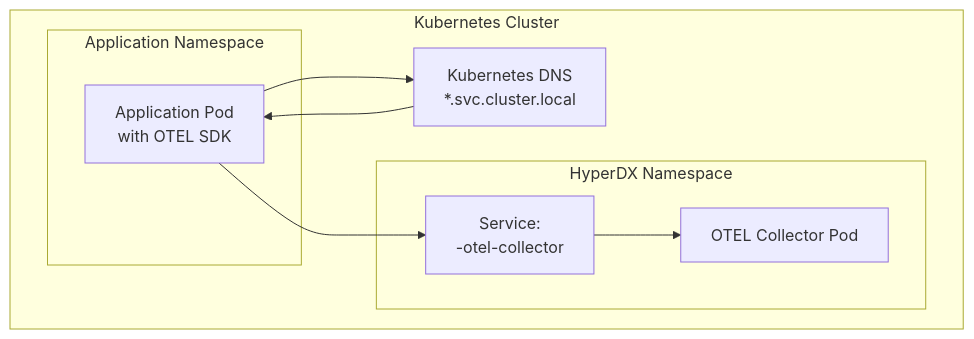
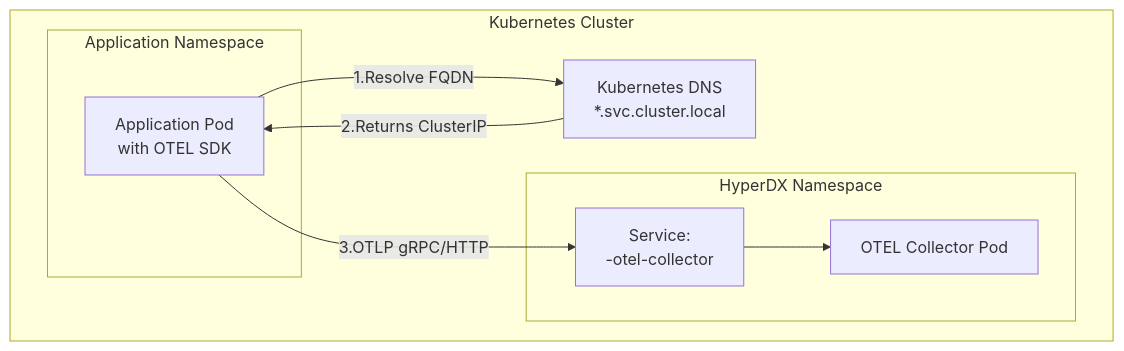
One commit to openchoreo/openchoreo changed the second of 5 diagrams in docs/hyperdxio-helm-charts-docs/Integrating-Applications.md. Above: the diagram before and after it, drawn with Mermaid. The commit also changed other lines of this file and 85 other files, not shown here.

Commit message:
feat: Add new workflow and specification templates, update Helm chart dependencies, and clarify documentation diagrams.

````diff
--- a/docs/hyperdxio-helm-charts-docs/Integrating-Applications.md
+++ b/docs/hyperdxio-helm-charts-docs/Integrating-Applications.md
@@ -80,25 +80,25 @@
 ```mermaid
 flowchart TD
 
 OTELSvc["Service:<br><release-name>-otel-collector"]
 App["Application Pod<br>with OTEL SDK"]
 DNS["Kubernetes DNS<br>*.svc.cluster.local"]
 OTELPod["OTEL Collector Pod"]
 
 subgraph subGraph2 ["Kubernetes Cluster"]
     DNS
-    App --> DNS
-    DNS --> App
-    App --> OTELSvc
+    App -->|"1.Resolve FQDN"| DNS
+    DNS -->|"2.Returns ClusterIP"| App
+    App -->|"3.OTLP gRPC/HTTP"| OTELSvc
 
 subgraph subGraph1 ["HyperDX Namespace"]
     OTELSvc
     OTELPod
     OTELSvc --> OTELPod
 end
 
 subgraph subGraph0 ["Application Namespace"]
     App
 end
 end
 ```
````
